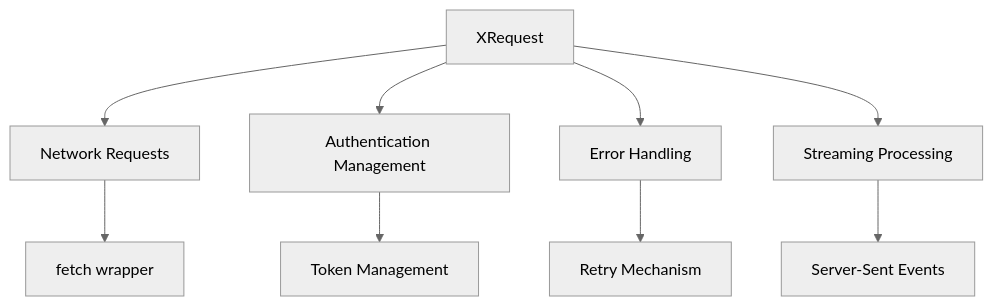
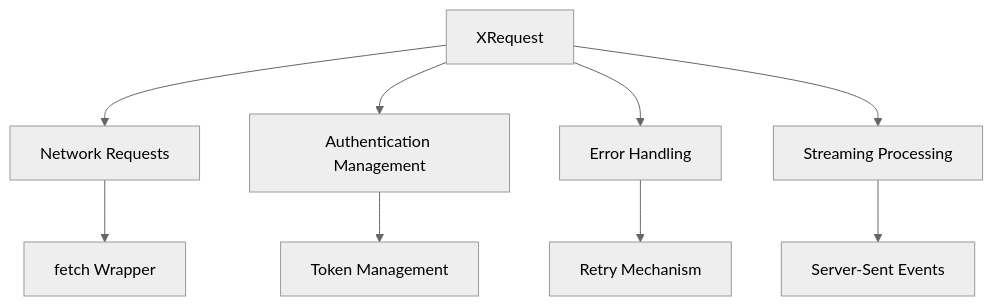
One commit to ant-design/x changed the first of 3 diagrams in packages/x-skill/skills/x-request/SKILL.md. Above: the diagram before and after it, drawn with Mermaid (neutral theme). The commit also changed other lines of this file and 25 other files, not shown here.

````diff
--- a/packages/x-skill/skills/x-request/SKILL.md
+++ b/packages/x-skill/skills/x-request/SKILL.md
@@ -78,11 +81,11 @@
 ```mermaid
 graph TD
     A[XRequest] --> B[Network Requests]
     A --> C[Authentication Management]
     A --> D[Error Handling]
     A --> E[Streaming Processing]
-    B --> F[fetch wrapper]
+    B --> F[fetch Wrapper]
     C --> G[Token Management]
     D --> H[Retry Mechanism]
     E --> I[Server-Sent Events]
 ```
````
